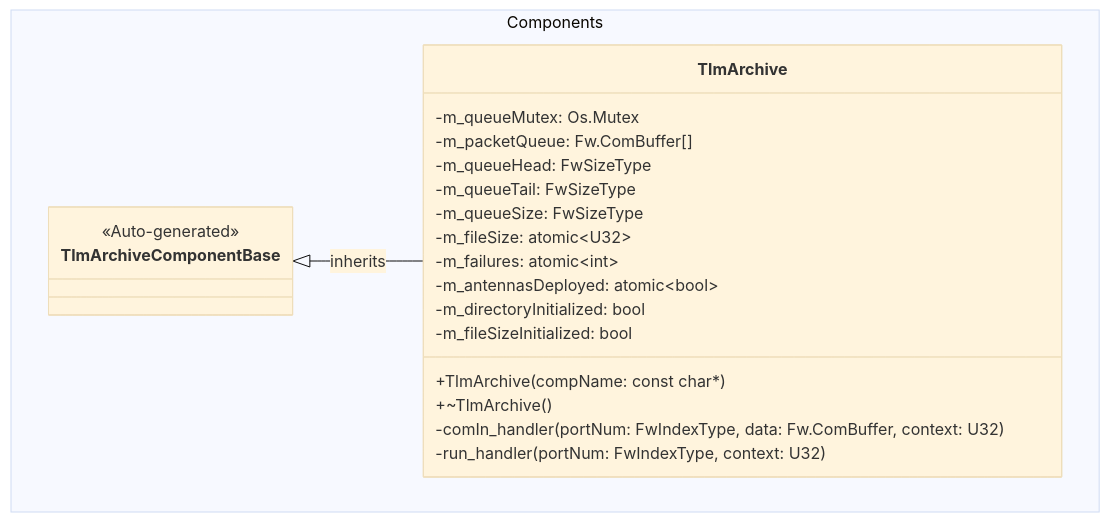
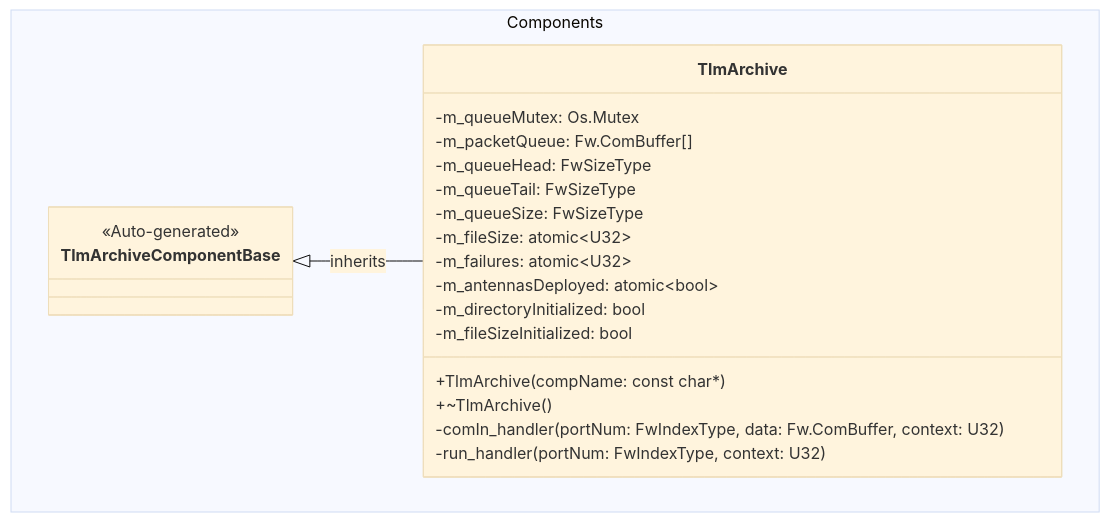
Before and after one commit to Open-Source-Space-Foundation/proves-core-reference: the first of 2 diagrams in PROVESFlightControllerReference/Components/TlmArchive/docs/sdd.md, drawn with Mermaid (base theme). The commit also changed other lines of this file and 3 other files, not shown here.

````diff
--- a/PROVESFlightControllerReference/Components/TlmArchive/docs/sdd.md
+++ b/PROVESFlightControllerReference/Components/TlmArchive/docs/sdd.md
@@ -79,27 +82,27 @@
 ```mermaid
 classDiagram
     namespace Components {
         class TlmArchiveComponentBase {
             <<Auto-generated>>
         }
 
         class TlmArchive {
             +TlmArchive(compName: const char*)
             +~TlmArchive()
             -comIn_handler(portNum: FwIndexType, data: Fw.ComBuffer, context: U32)
             -run_handler(portNum: FwIndexType, context: U32)
             -m_queueMutex: Os.Mutex
             -m_packetQueue: Fw.ComBuffer[]
             -m_queueHead: FwSizeType
             -m_queueTail: FwSizeType
             -m_queueSize: FwSizeType
             -m_fileSize: atomic~U32~
-            -m_failures: atomic~int~
+            -m_failures: atomic~U32~
             -m_antennasDeployed: atomic~bool~
             -m_directoryInitialized: bool
             -m_fileSizeInitialized: bool
         }
     }
 
     TlmArchiveComponentBase <|-- TlmArchive : inherits
 ```
````
